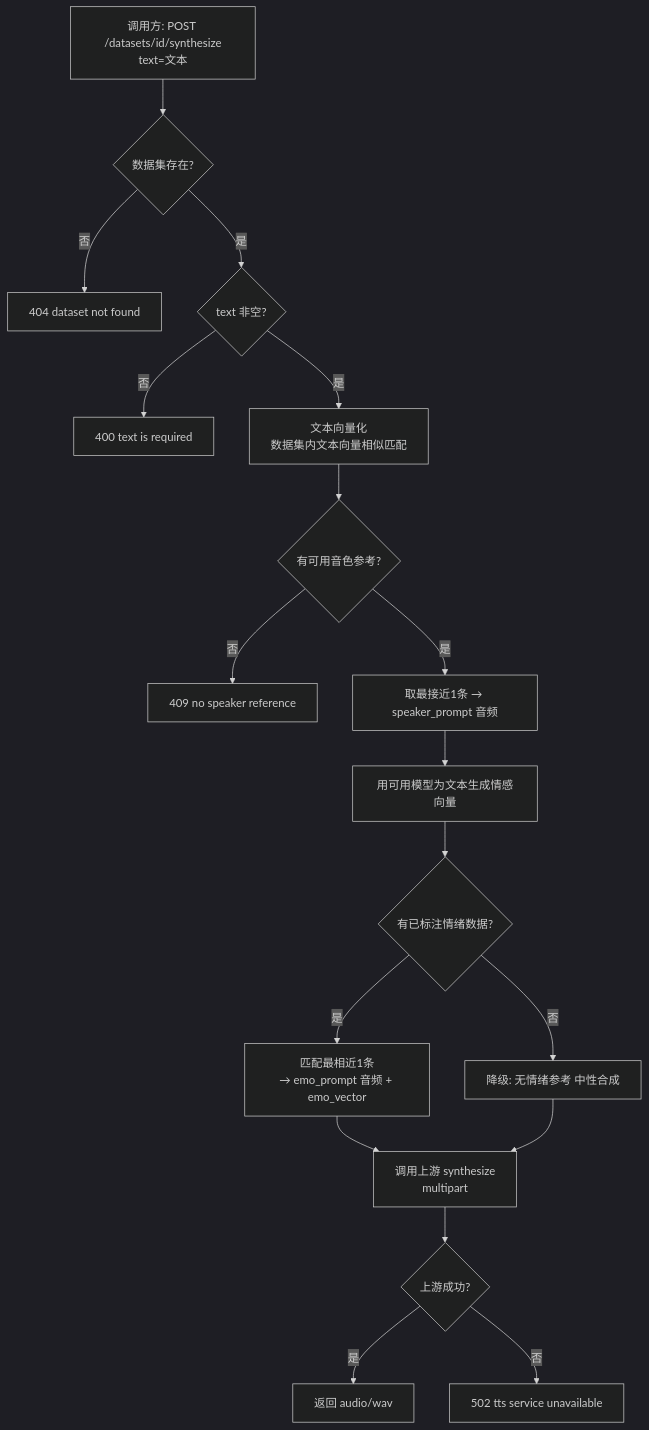
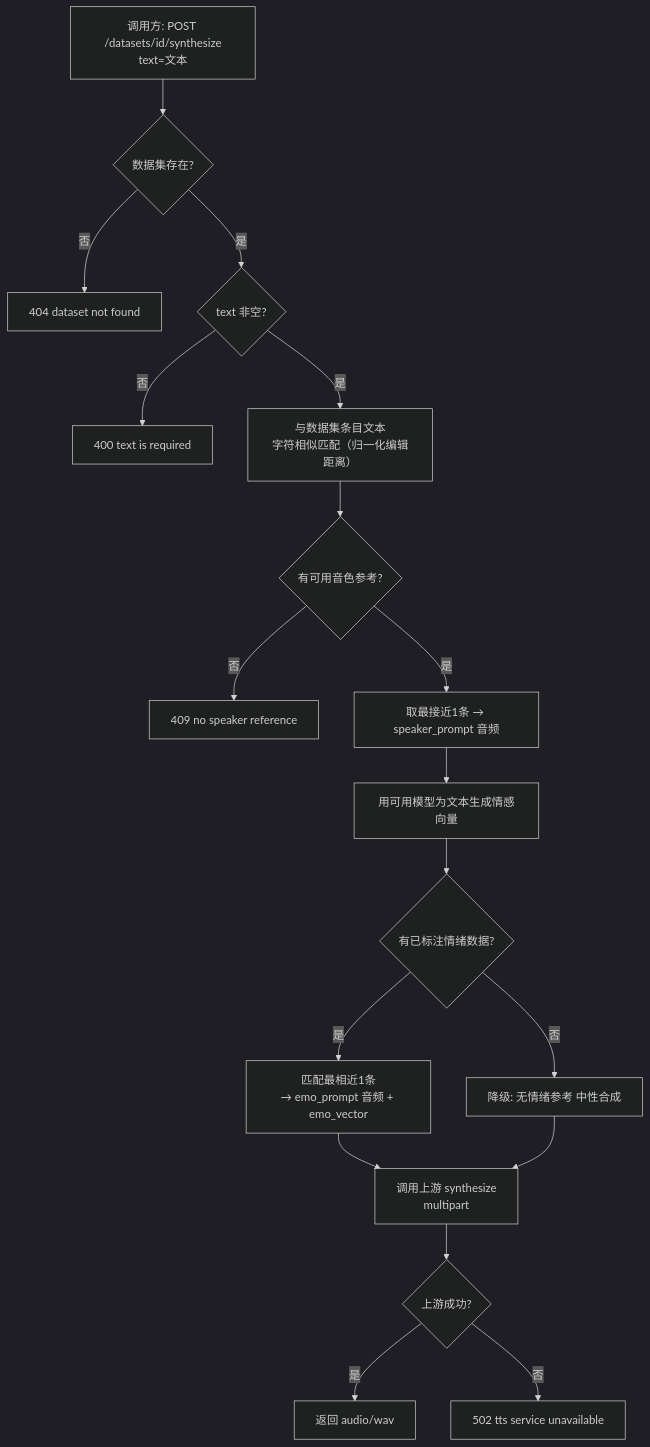
One commit to Deliay/z-vtuber changed the diagram in docs/product/draft/20260929-training-audio-synthesize-prd.md. Above: the diagram before and after it, drawn with Mermaid (dark theme). The commit also changed other lines of this file and 1 other file, not shown here.

````diff
--- a/docs/product/draft/20260929-training-audio-synthesize-prd.md
+++ b/docs/product/draft/20260929-training-audio-synthesize-prd.md
@@ -100,20 +100,20 @@
 ```mermaid
 flowchart TD
     A[调用方: POST /datasets/id/synthesize<br/>text=文本] --> B{数据集存在?}
     B -->|否| Z4[404 dataset not found]
     B -->|是| C{text 非空?}
     C -->|否| Z1[400 text is required]
-    C -->|是| D[文本向量化<br/>数据集内文本向量相似匹配]
+    C -->|是| D[与数据集条目文本<br/>字符相似匹配（归一化编辑距离）]
     D --> E{有可用音色参考?}
     E -->|否| Z2[409 no speaker reference]
     E -->|是| F[取最接近1条 → speaker_prompt 音频]
     F --> G[用可用模型为文本生成情感向量]
     G --> H{有已标注情绪数据?}
     H -->|是| I[匹配最相近1条<br/>→ emo_prompt 音频 + emo_vector]
     H -->|否| J[降级: 无情绪参考 中性合成]
     I --> K[调用上游 synthesize<br/>multipart]
     J --> K
     K --> L{上游成功?}
     L -->|是| M[返回 audio/wav]
     L -->|否| Z3[502 tts service unavailable]
 ```
````
